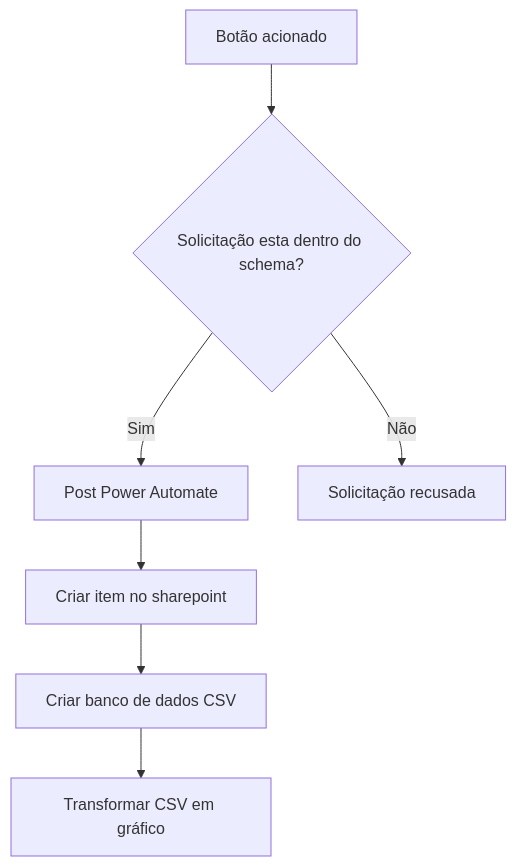
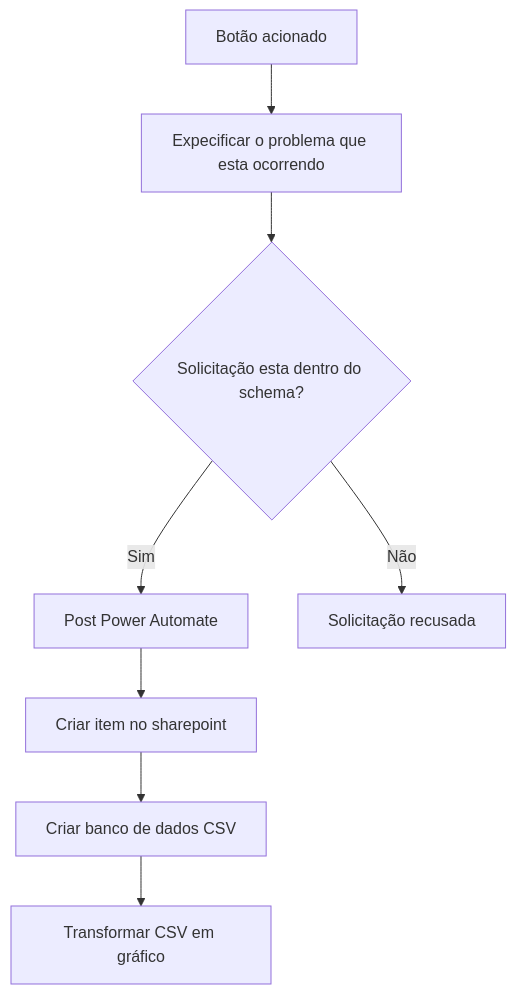
Before and after one commit to ChrisFsilva/Alerta_roomkit_Cisco: the diagram in README.md, drawn with Mermaid. The commit also changed other lines of this file, not shown here.

````diff
--- a/README.md
+++ b/README.md
@@ -178,9 +175,10 @@
 ```mermaid
 graph TD
-A[Botão acionado] --> B{Solicitação esta dentro do schema?}
-B --> |Sim| C[Post Power Automate]
-B --> |Não| D[Solicitação recusada]
-C --> E[Criar item no sharepoint]
-E --> F[Criar banco de dados CSV]
-F --> G[Transformar CSV em gráfico]
+A[Botão acionado] --> B[Expecificar o problema que esta ocorrendo]
+B --> C{Solicitação esta dentro do schema?}
+C --> |Sim| D[Post Power Automate]
+C --> |Não| E[Solicitação recusada]
+D --> F[Criar item no sharepoint]
+F --> G[Criar banco de dados CSV]
+G --> H[Transformar CSV em gráfico]
 ```
````
